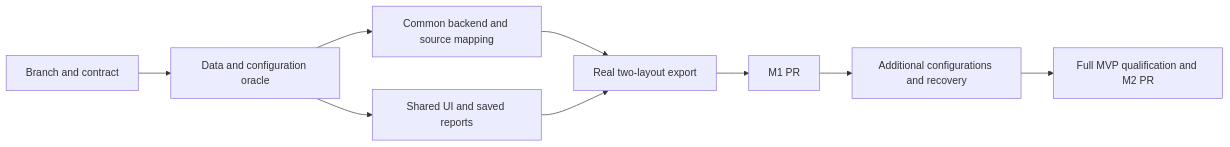
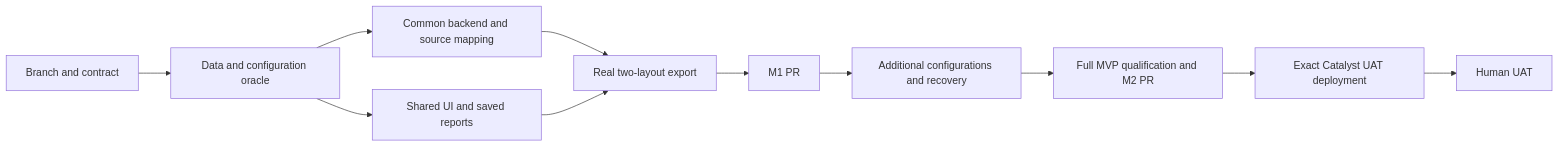
One commit to CFSAN-Biostatistics/OpenELIS-Global-2-Food changed the diagram in specs/479-reporting-mvp/tasks.md. Above: the diagram before and after it, drawn with Mermaid. The commit also changed other lines of this file and 6 other files, not shown here.

````diff
--- a/specs/479-reporting-mvp/tasks.md
+++ b/specs/479-reporting-mvp/tasks.md
@@ -173,11 +209,13 @@
 ```mermaid
 graph LR
     T001[Branch and contract] --> T002[Data and configuration oracle]
     T002 --> B[Common backend and source mapping]
     T002 --> U[Shared UI and saved reports]
     B --> V[Real two-layout export]
     U --> V
     V --> M1[M1 PR]
     M1 --> M2[Additional configurations and recovery]
     M2 --> Q[Full MVP qualification and M2 PR]
+    Q --> D[Exact Catalyst UAT deployment]
+    D --> H[Human UAT]
 ```
````
